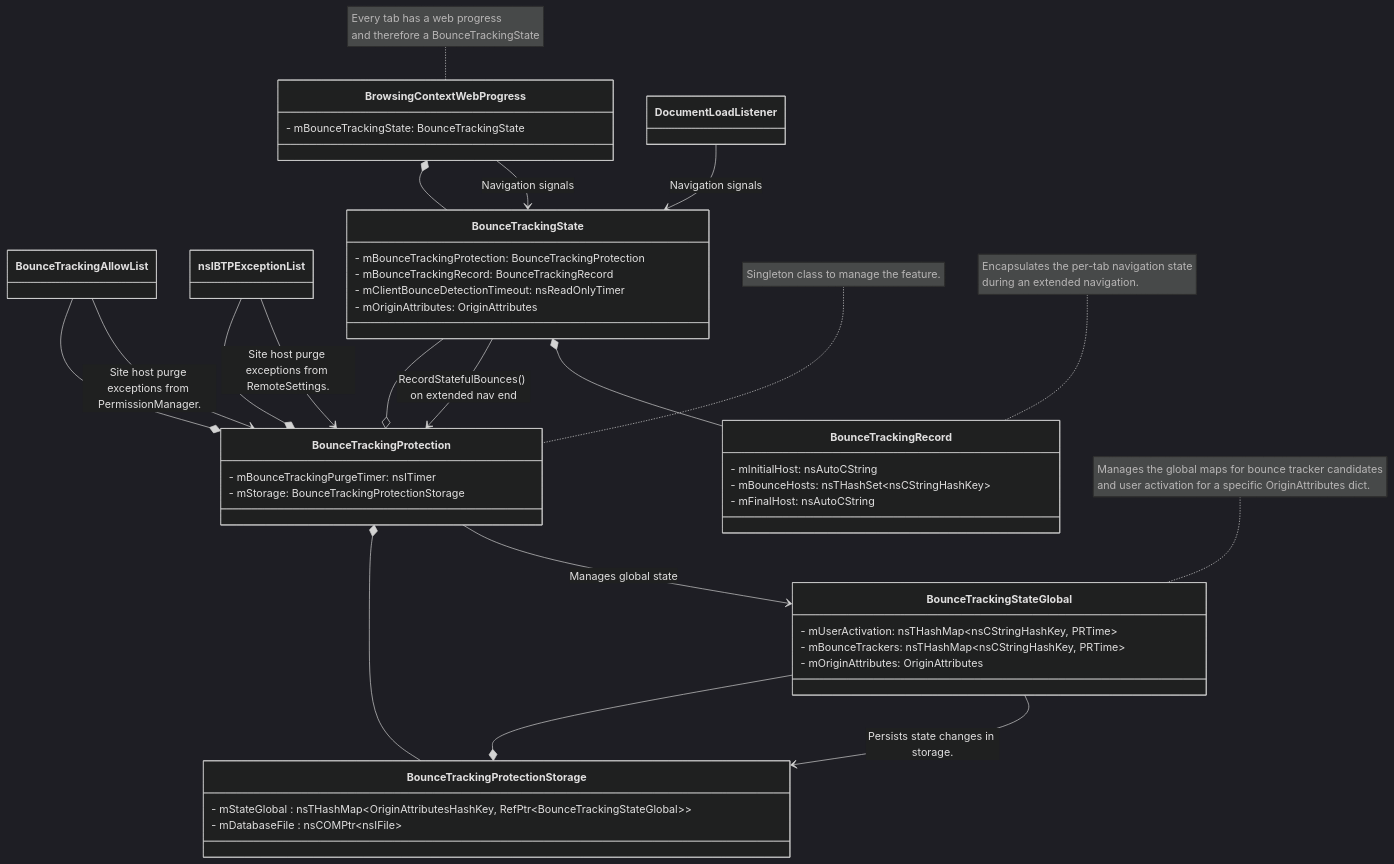
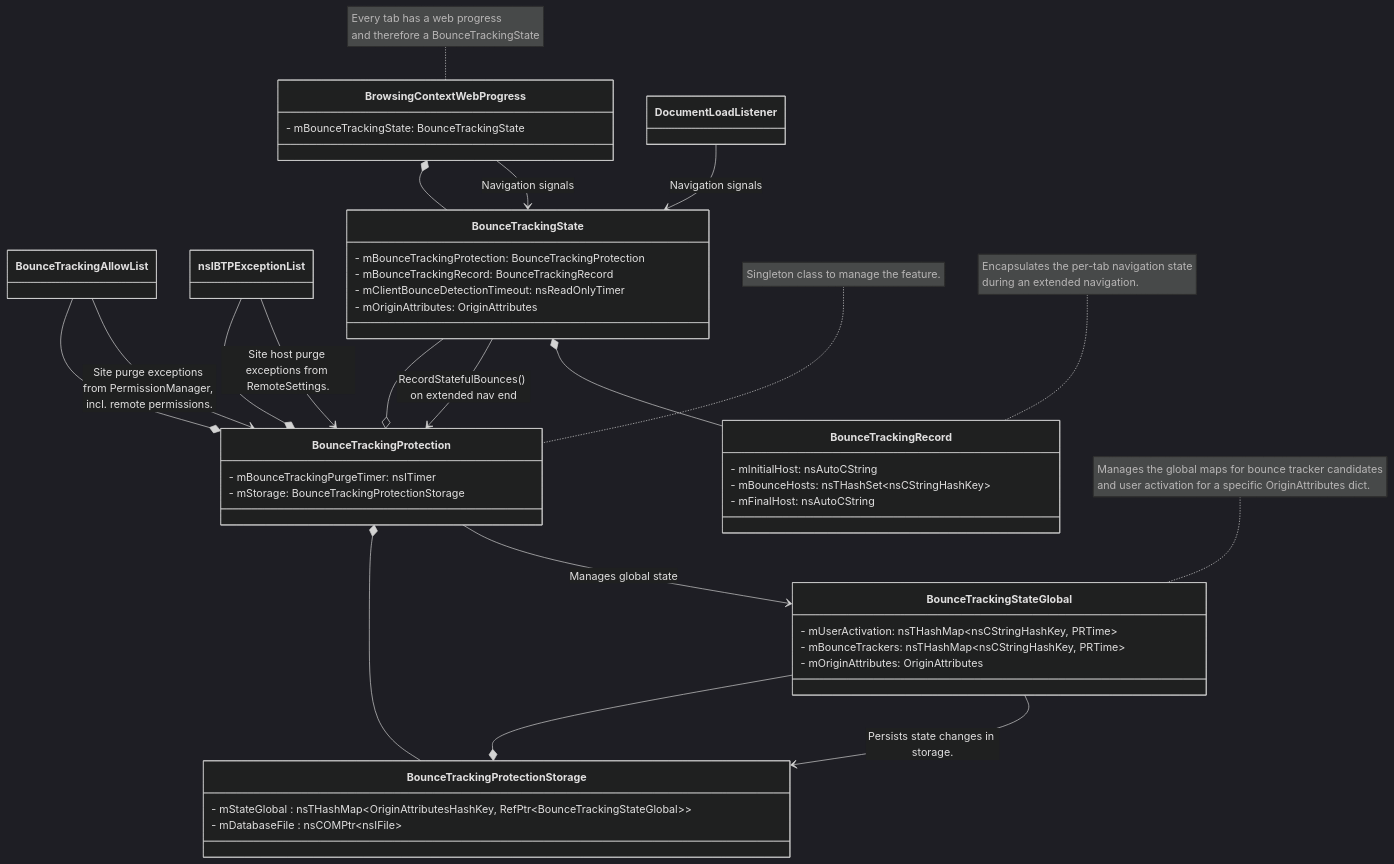
One commit to mozilla-releng/git-backing changed the diagram in toolkit/components/antitracking/docs/bounce-tracking-protection/index.md. Above: the diagram before and after it, drawn with Mermaid (dark theme). The commit also changed other lines of this file, not shown here.

Commit message:
Bug 1970347 - Document BTP purge exceptions and remote interventions. r=#anti-tracking!

````diff
--- a/toolkit/components/antitracking/docs/bounce-tracking-protection/index.md
+++ b/toolkit/components/antitracking/docs/bounce-tracking-protection/index.md
@@ -115,77 +173,77 @@
 ```{mermaid}
 classDiagram
     class BounceTrackingProtection {
         - mBounceTrackingPurgeTimer: nsITimer
         - mStorage: BounceTrackingProtectionStorage
     }
 
     note for BounceTrackingProtection "Singleton class to manage the feature."
 
     class BounceTrackingAllowList {
         <!-- [...] -->
     }
 
     class nsIBTPExceptionList {
         <!-- Bug 1930704: Empty classes lead to build errors. Adding a comment inside the class fixes the issue -->
         <!-- [...] -->
     }
 
     class BounceTrackingStateGlobal {
         - mUserActivation: nsTHashMap&lt;nsCStringHashKey, PRTime&gt;
         - mBounceTrackers: nsTHashMap&lt;nsCStringHashKey, PRTime&gt;
         - mOriginAttributes: OriginAttributes
     }
 
     note for BounceTrackingStateGlobal "Manages the global maps for bounce tracker candidates
                                         and user activation for a specific OriginAttributes dict."
 
     class BounceTrackingProtectionStorage {
         - mStateGlobal : nsTHashMap&lt;OriginAttributesHashKey, RefPtr&lt;BounceTrackingStateGlobal&gt;&gt;
         - mDatabaseFile : nsCOMPtr&lt;nsIFile&gt;
     }
 
 
     class BounceTrackingRecord {
         - mInitialHost: nsAutoCString
         - mBounceHosts: nsTHashSet&lt;nsCStringHashKey&gt;
         - mFinalHost: nsAutoCString
     }
 
     note for BounceTrackingRecord "Encapsulates the per-tab navigation state
                                    during an extended navigation."
 
     class BounceTrackingState {
         - mBounceTrackingProtection: BounceTrackingProtection
         - mBounceTrackingRecord: BounceTrackingRecord
         - mClientBounceDetectionTimeout: nsReadOnlyTimer
         - mOriginAttributes: OriginAttributes
     }
 
 
     class BrowsingContextWebProgress {
         - mBounceTrackingState: BounceTrackingState
     }
 
 
     class DocumentLoadListener{
         <!-- [...] -->
     }
 
     note for BrowsingContextWebProgress "Every tab has a web progress
                                          and therefore a BounceTrackingState"
 
     BounceTrackingProtection *-- BounceTrackingProtectionStorage
     BounceTrackingState --o BounceTrackingProtection
     BounceTrackingState --> BounceTrackingProtection : RecordStatefulBounces() on extended nav end
     BounceTrackingState *-- BounceTrackingRecord
     BrowsingContextWebProgress *-- BounceTrackingState
     BounceTrackingStateGlobal --* BounceTrackingProtectionStorage
     BounceTrackingStateGlobal --> BounceTrackingProtectionStorage : Persists state changes in storage.
     BounceTrackingProtection --> BounceTrackingStateGlobal : Manages global state
     nsIBTPExceptionList --* BounceTrackingProtection
     nsIBTPExceptionList --> BounceTrackingProtection : Site host purge exceptions from RemoteSettings.
     BounceTrackingAllowList --* BounceTrackingProtection
-    BounceTrackingAllowList --> BounceTrackingProtection :  Site host purge exceptions from PermissionManager.
+    BounceTrackingAllowList --> BounceTrackingProtection :  Site purge exceptions from PermissionManager, incl. remote permissions.
     BrowsingContextWebProgress --> BounceTrackingState : Navigation signals
     DocumentLoadListener --> BounceTrackingState : Navigation signals
 ```
````
